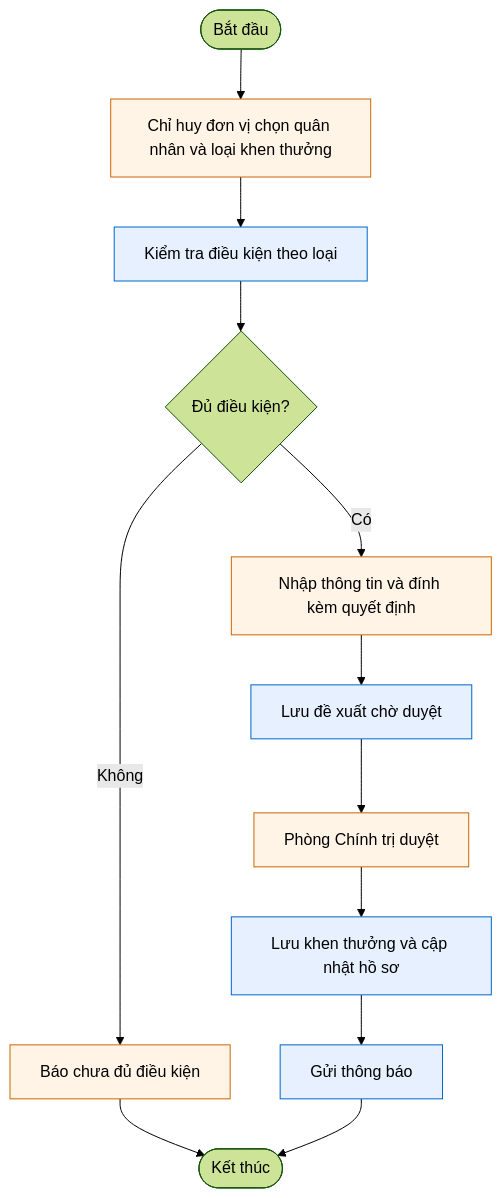
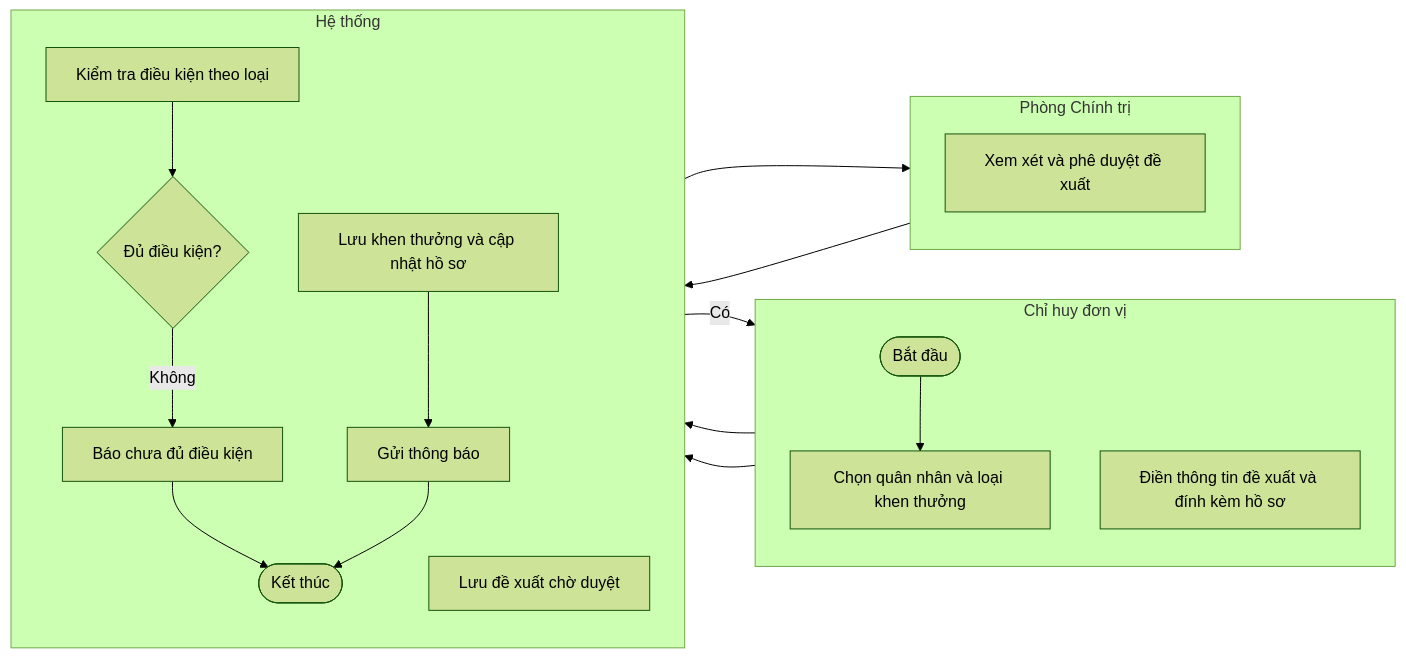
One commit to tranducbk/DATN_PM_QLKT changed the seventh of 8 diagrams in docs/diagrams/02-activity.md. Above: the diagram before and after it, drawn with Mermaid (forest theme). The commit also changed other lines of this file and 29 other files, not shown here.

First line of the commit message:
Update CLAUDE.md with additional validation rules and introduce new database schema

````diff
--- a/docs/diagrams/02-activity.md
+++ b/docs/diagrams/02-activity.md
@@ -216,23 +195,27 @@
 ```mermaid
-flowchart TD
-    Start([Bắt đầu])
-    A1[Chỉ huy đơn vị chọn quân nhân và loại khen thưởng]
-    S1[Kiểm tra điều kiện theo loại]
-    D1{Đủ điều kiện?}
-    A2[Báo chưa đủ điều kiện]
-    A3[Nhập thông tin và đính kèm quyết định]
-    S2[Lưu đề xuất chờ duyệt]
-    A4[Phòng Chính trị duyệt]
-    S3[Lưu khen thưởng và cập nhật hồ sơ]
-    S4[Gửi thông báo]
-    End([Kết thúc])
+flowchart LR
+    subgraph MG["Chỉ huy đơn vị"]
+        direction TB
+        Start([Bắt đầu])
+        A1[Chọn quân nhân và loại khen thưởng]
+        A3[Điền thông tin đề xuất và đính kèm hồ sơ]
+    end
+    subgraph PCT["Phòng Chính trị"]
+        direction TB
+        A4[Xem xét và phê duyệt đề xuất]
+    end
+    subgraph HeTHong["Hệ thống"]
+        direction TB
+        S1[Kiểm tra điều kiện theo loại]
+        D1{Đủ điều kiện?}
+        S2[Báo chưa đủ điều kiện]
+        S3[Lưu đề xuất chờ duyệt]
+        S4[Lưu khen thưởng và cập nhật hồ sơ]
+        S5[Gửi thông báo]
+        End([Kết thúc])
+    end
 
     Start --> A1 --> S1 --> D1
-    D1 -- Không --> A2 --> End
-    D1 -- Có --> A3 --> S2 --> A4 --> S3 --> S4 --> End
-
-    classDef actor fill:#fff4e6,stroke:#cc6600
-    classDef system fill:#e6f0ff,stroke:#0066cc
-    class A1,A2,A3,A4 actor
-    class S1,S2,S3,S4 system
+    D1 -- Không --> S2 --> End
+    D1 -- Có --> A3 --> S3 --> A4 --> S4 --> S5 --> End
 ```
````
